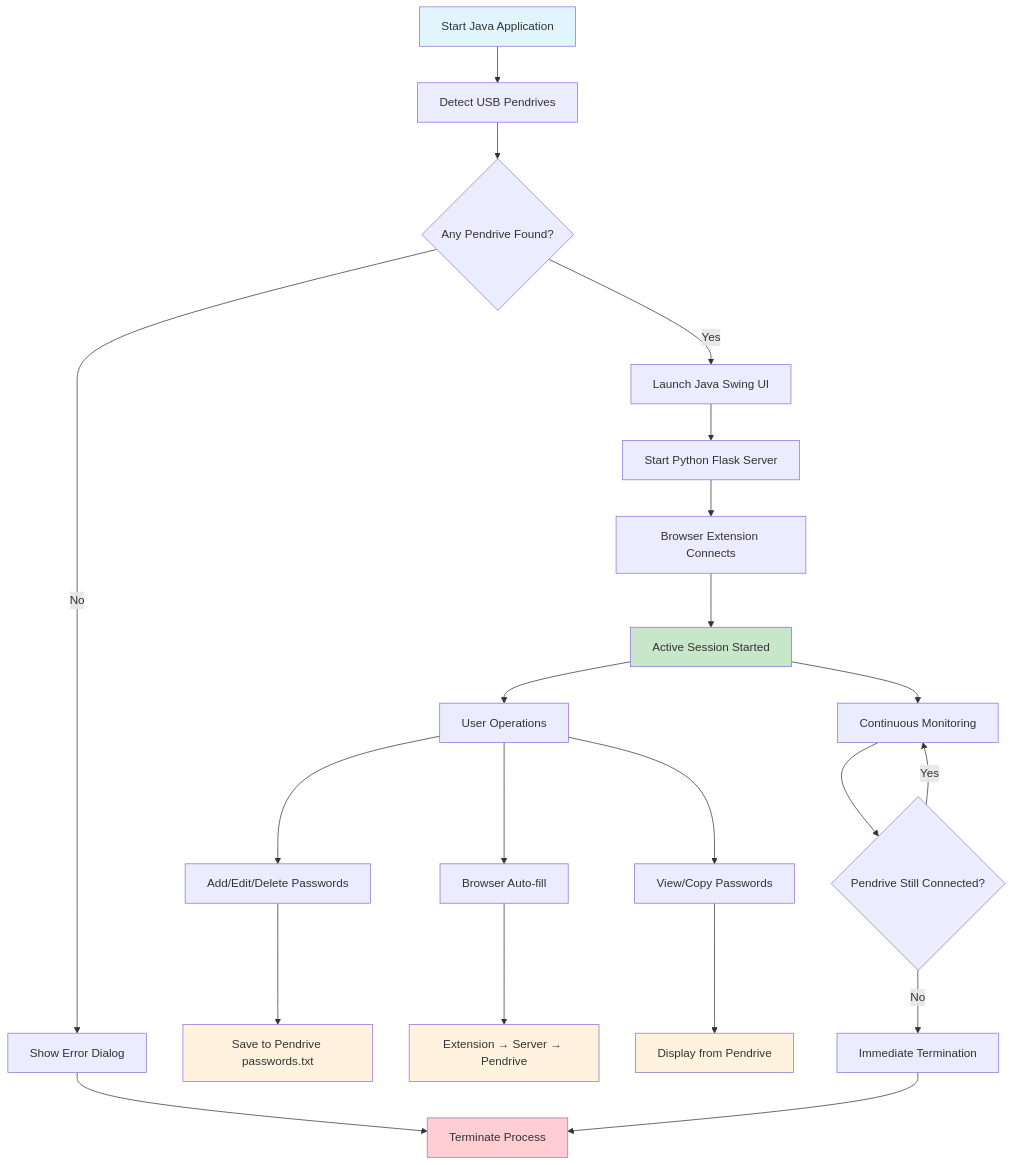
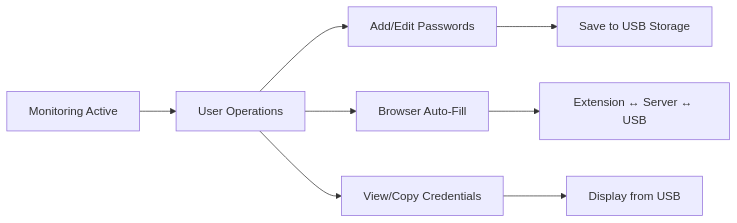
The third of 4 diagrams in README.md (codingguru2221/CryptoShield), drawn with Mermaid before and after one commit. The commit also changed other lines of this file, not shown here.

````diff
--- a/README.md
+++ b/README.md
@@ -51,34 +53,10 @@
 ```mermaid
-flowchart TD
-
-A[Start Java Application] --> B[Detect USB Pendrives]
-B --> C{Any Pendrive Found?}
-C -- No --> D[Show Error Dialog]
-D --> X[Terminate Process]
-C -- Yes --> E[Launch Java Swing UI]
-E --> F[Start Python Flask Server]
-F --> G[Browser Extension Connects]
-G --> H[Active Session Started]
-
-H --> I[User Operations]
-I --> J[Add/Edit/Delete Passwords]
-I --> K[Browser Auto-fill]
-I --> L[View/Copy Passwords]
-
-J --> M[Save to Pendrive passwords.txt]
-K --> N[Extension → Server → Pendrive]
-L --> O[Display from Pendrive]
-
-H --> P[Continuous Monitoring]
-P --> Q{Pendrive Still Connected?}
-Q -- Yes --> P
-Q -- No --> R[Immediate Termination]
-R --> X[Terminate Process]
-
-style A fill:#e1f5fe
-style H fill:#c8e6c9
-style X fill:#ffcdd2
-style M fill:#fff3e0
-style N fill:#fff3e0
-style O fill:#fff3e0
+graph LR
+    J[Monitoring Active] --> K[User Operations]
+    K --> L[Add/Edit Passwords]
+    K --> M[Browser Auto-Fill]
+    K --> N[View/Copy Credentials]
+    L --> O[Save to USB Storage]
+    M --> P[Extension ↔ Server ↔ USB]
+    N --> Q[Display from USB]
 ```
````
